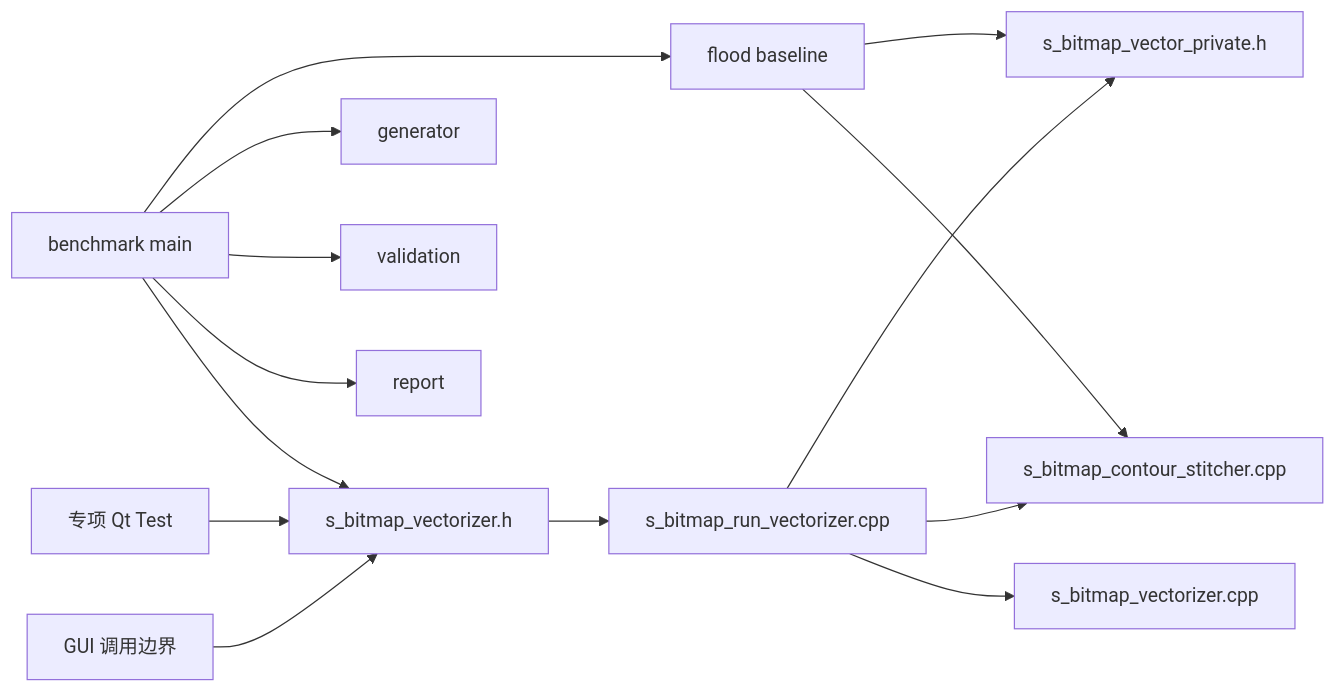
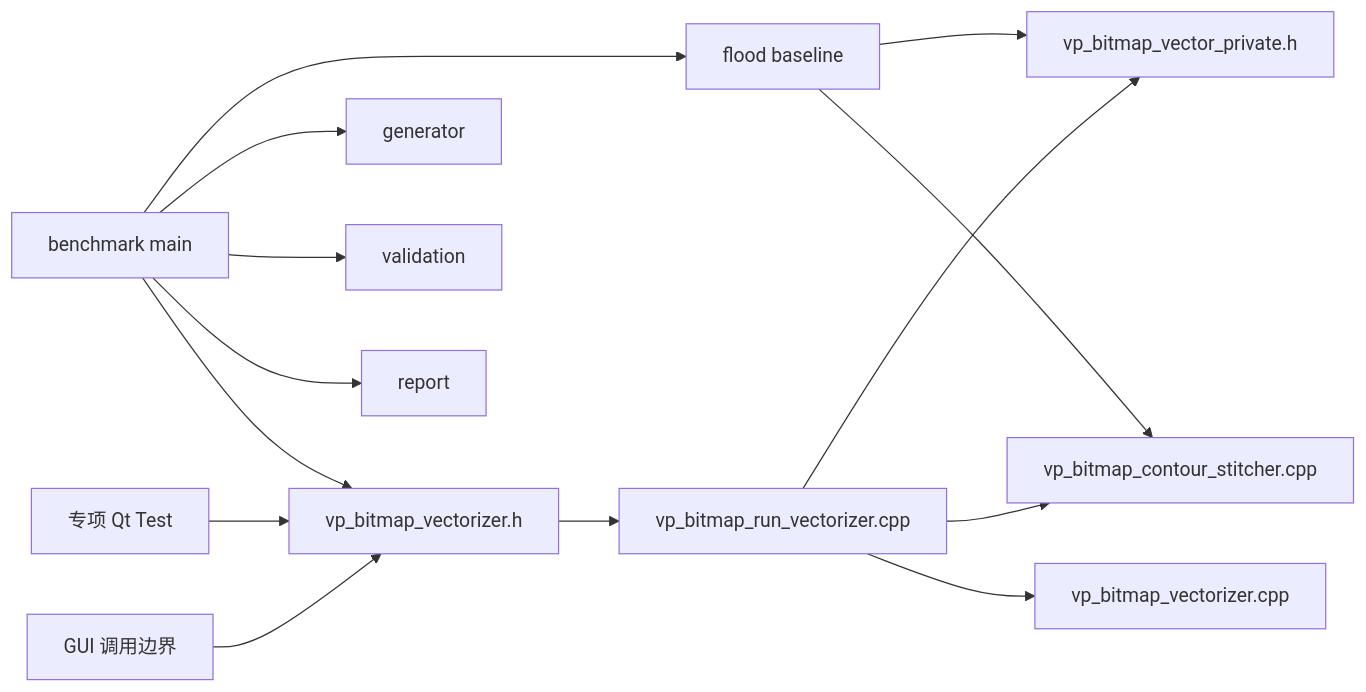
One commit to HJX0201/vectorPath changed the second of 10 diagrams in sgraphDocs/BITMAP_VECTORIZATION_SOURCE_REFERENCE.md. Above: the diagram before and after it, drawn with Mermaid. The commit also changed other lines of this file and 628 other files, not shown here.

````diff
--- a/sgraphDocs/BITMAP_VECTORIZATION_SOURCE_REFERENCE.md
+++ b/sgraphDocs/BITMAP_VECTORIZATION_SOURCE_REFERENCE.md
@@ -141,16 +141,16 @@
 ```mermaid
 flowchart LR
-    GUI["GUI 调用边界"] --> API["s_bitmap_vectorizer.h"]
+    GUI["GUI 调用边界"] --> API["vp_bitmap_vectorizer.h"]
     Tests["专项 Qt Test"] --> API
     Bench["benchmark main"] --> API
     Bench --> Flood["flood baseline"]
-    API --> Run["s_bitmap_run_vectorizer.cpp"]
-    Run --> Private["s_bitmap_vector_private.h"]
-    Run --> Stitch["s_bitmap_contour_stitcher.cpp"]
-    Run --> Svg["s_bitmap_vectorizer.cpp"]
+    API --> Run["vp_bitmap_run_vectorizer.cpp"]
+    Run --> Private["vp_bitmap_vector_private.h"]
+    Run --> Stitch["vp_bitmap_contour_stitcher.cpp"]
+    Run --> Svg["vp_bitmap_vectorizer.cpp"]
     Flood --> Private
     Flood --> Stitch
     Bench --> Gen["generator"]
     Bench --> Valid["validation"]
     Bench --> Report["report"]
 ```
````
